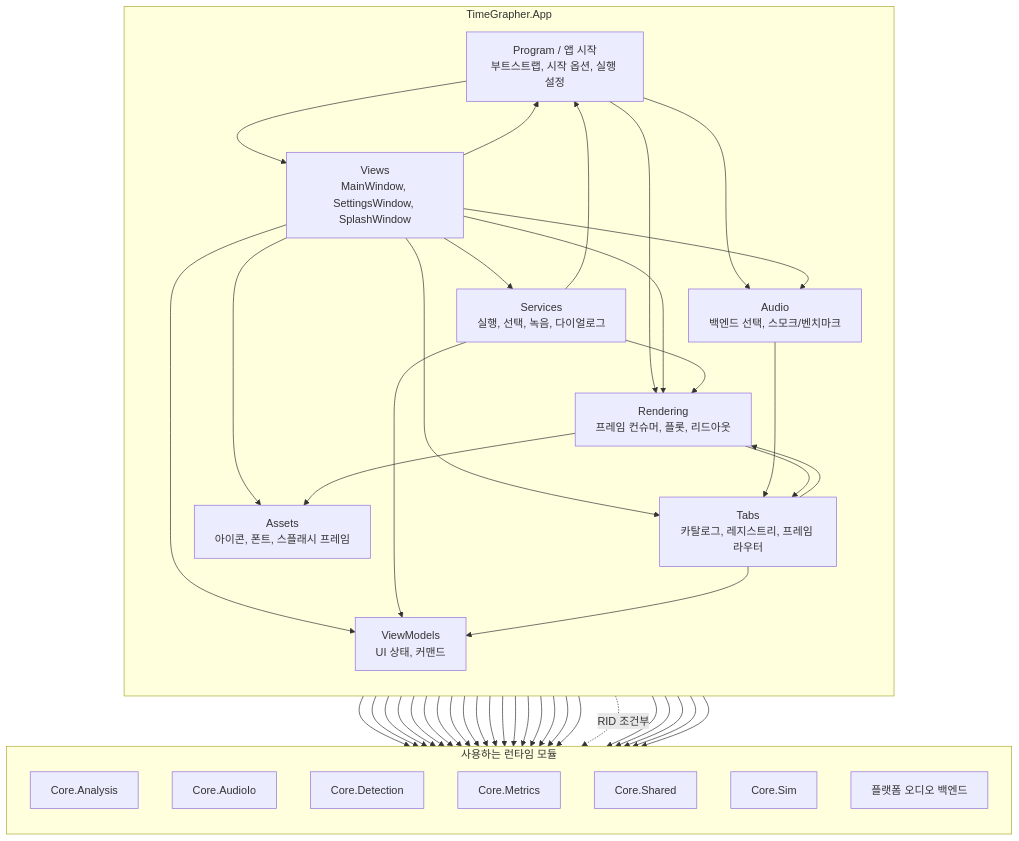
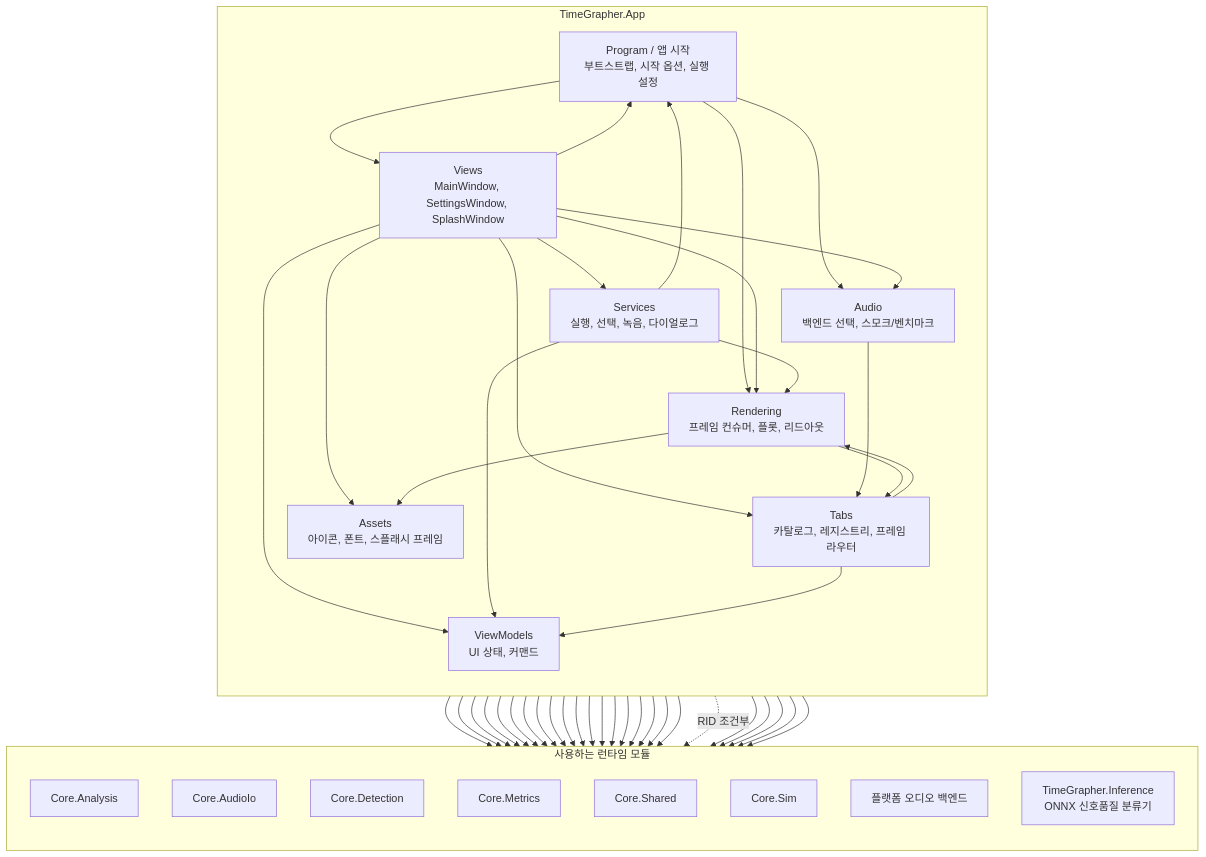
The second of 3 diagrams in docs/for-ai/MODULE_USES_VIEW.md (Jae-hong-5/TimeGrapher-Net), drawn with Mermaid before and after one commit. The commit also changed other lines of this file and 3 other files, not shown here.

````diff
--- a/docs/for-ai/MODULE_USES_VIEW.md
+++ b/docs/for-ai/MODULE_USES_VIEW.md
@@ -96,74 +106,76 @@
 ```mermaid
 flowchart TB
     subgraph App["TimeGrapher.App"]
         direction TB
         Program["Program / 앱 시작<br/>부트스트랩, 시작 옵션, 실행 설정"]
         Views["Views<br/>MainWindow, SettingsWindow, SplashWindow"]
         ViewModels["ViewModels<br/>UI 상태, 커맨드"]
         Services["Services<br/>실행, 선택, 녹음, 다이얼로그"]
         Audio["Audio<br/>백엔드 선택, 스모크/벤치마크"]
         Tabs["Tabs<br/>카탈로그, 레지스트리, 프레임 라우터"]
         Rendering["Rendering<br/>프레임 컨슈머, 플롯, 리드아웃"]
         Assets["Assets<br/>아이콘, 폰트, 스플래시 프레임"]
     end
 
     subgraph UsedRuntime["사용하는 런타임 모듈"]
         direction TB
         CoreAnalysis["Core.Analysis"]
         CoreAudioIo["Core.AudioIo"]
         CoreDetection["Core.Detection"]
         CoreMetrics["Core.Metrics"]
         CoreShared["Core.Shared"]
         CoreSim["Core.Sim"]
         PlatformAudio["플랫폼 오디오 백엔드"]
+        InferenceLeaf["TimeGrapher.Inference<br/>ONNX 신호품질 분류기"]
     end
 
     Program --> Views
     Program --> Audio
     Program --> Rendering
     Program --> CoreAnalysis
     Program --> CoreAudioIo
     Program --> CoreShared
 
     Views --> Program
     Views --> ViewModels
     Views --> Services
     Views --> Audio
     Views --> Tabs
     Views --> Rendering
     Views --> CoreAudioIo
     Views --> CoreDetection
     Views --> CoreShared
     Views --> CoreSim
     Views --> Assets
+    Views --> InferenceLeaf
 
     ViewModels --> CoreAnalysis
     ViewModels --> CoreShared
 
     Services --> ViewModels
     Services --> Program
     Services --> Rendering
     Services --> CoreAnalysis
     Services --> CoreAudioIo
     Services --> CoreDetection
     Services --> CoreMetrics
     Services --> CoreShared
 
     Audio --> Tabs
     Audio --> CoreAnalysis
     Audio --> CoreAudioIo
     Audio --> CoreShared
     Audio --> CoreSim
     Audio -. "RID 조건부" .-> PlatformAudio
 
     Tabs --> ViewModels
     Tabs --> Rendering
     Tabs --> CoreAnalysis
     Tabs --> CoreShared
 
     Rendering --> Tabs
     Rendering --> CoreAnalysis
     Rendering --> CoreMetrics
     Rendering --> CoreShared
     Rendering --> Assets
 ```
````
